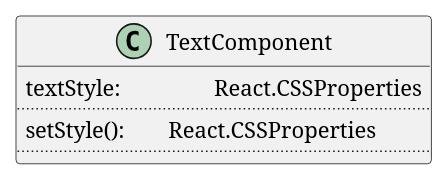
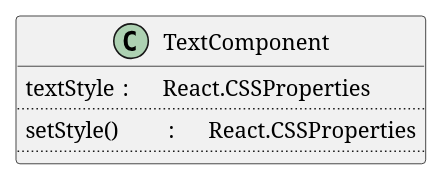
Before and after one commit to avasoft-mobility/workday-design: the diagram in frontend/components/text/text.class.puml, drawn with PlantUML.

Commit message:
Change alignment in text component

```diff
--- a/frontend/components/text/text.class.puml
+++ b/frontend/components/text/text.class.puml
@@ -1,9 +1,9 @@
 @startuml TextComponent
 
 class TextComponent {
-    textStyle: \t\t React.CSSProperties
+    textStyle\t : \tReact.CSSProperties
     ..
-    setStyle(): \t React.CSSProperties
+    setStyle()\t : \tReact.CSSProperties
     ..
 }
 @enduml
```
